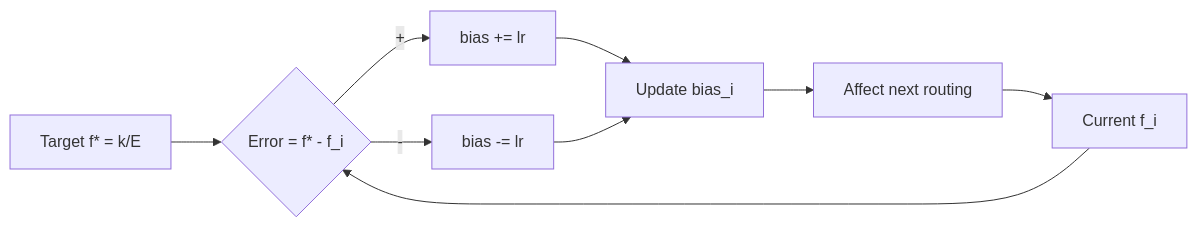
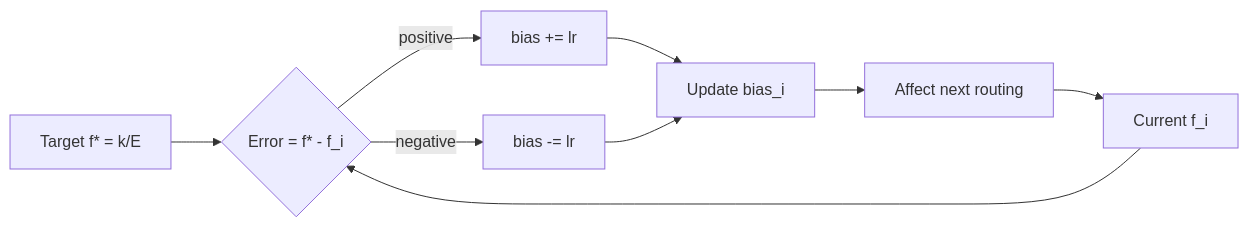
The diagram in docs/06-mathematical-modeling/03-load-balancing-derivations.md (tuandung222/mixture-of-experts-from-source), drawn with Mermaid before and after one commit. The commit also changed 9 other files, not shown here.

Commit message:
D8: fix Mermaid parse errors, add qa:mermaid validator + update AGENTS.md

````diff
--- a/docs/06-mathematical-modeling/03-load-balancing-derivations.md
+++ b/docs/06-mathematical-modeling/03-load-balancing-derivations.md
@@ -211,11 +211,11 @@
 ```mermaid
 graph LR
-    Target[Target f* = k/E] --> Err{Error = f* - f_i}
-    Actual[Current f_i] --> Err
-    Err -->|+| Up[bias += lr]
-    Err -->|-| Down[bias -= lr]
-    Up --> Bias[Update bias_i]
+    Target["Target f* = k/E"] --> Err{"Error = f* - f_i"}
+    Actual["Current f_i"] --> Err
+    Err -->|"positive"| Up["bias += lr"]
+    Err -->|"negative"| Down["bias -= lr"]
+    Up --> Bias["Update bias_i"]
     Down --> Bias
-    Bias --> Router[Affect next routing]
+    Bias --> Router["Affect next routing"]
     Router --> Actual
 ```
````
